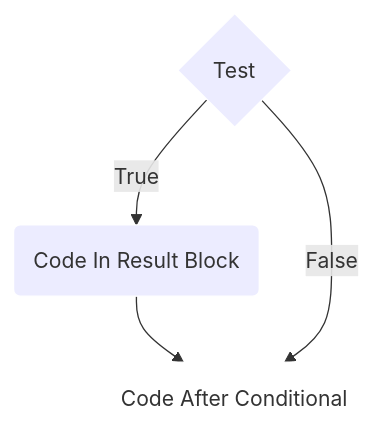
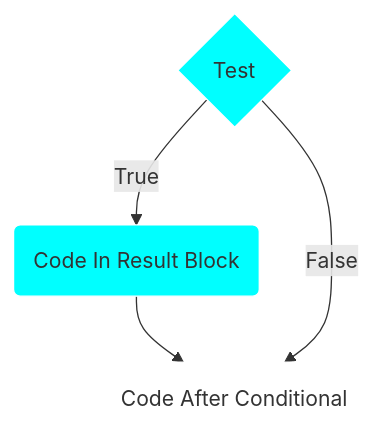
Before and after one commit to lsu-ddem/pathways-site: the first of 4 diagrams in content/1_IntroToCoding/2_MakingThings_Happen/1_Lesson_1/index.md, drawn with Mermaid.

Commit message:
Update Computers Making Choices “index”

```diff
--- a/content/1_IntroToCoding/2_MakingThings_Happen/1_Lesson_1/index.md
+++ b/content/1_IntroToCoding/2_MakingThings_Happen/1_Lesson_1/index.md
@@ -24,11 +24,11 @@
 {{<mermaid align="center">}}
 graph TD
 
 A{Test} -->|True| B(Code In Result Block)
 B--> C
 A{Test} -->|False| C(Code After Conditional)
 
-style A  stroke:#FFFFFF;
-style B stroke:#FFFFFF;
+style A  fill:#00ffff, stroke:#FFFFFF;
+style B fill: #00ffff, stroke:#FFFFFF;
 style C fill:#FFFFFF, stroke:#FFFFFF;
 {{< /mermaid >}}
```
